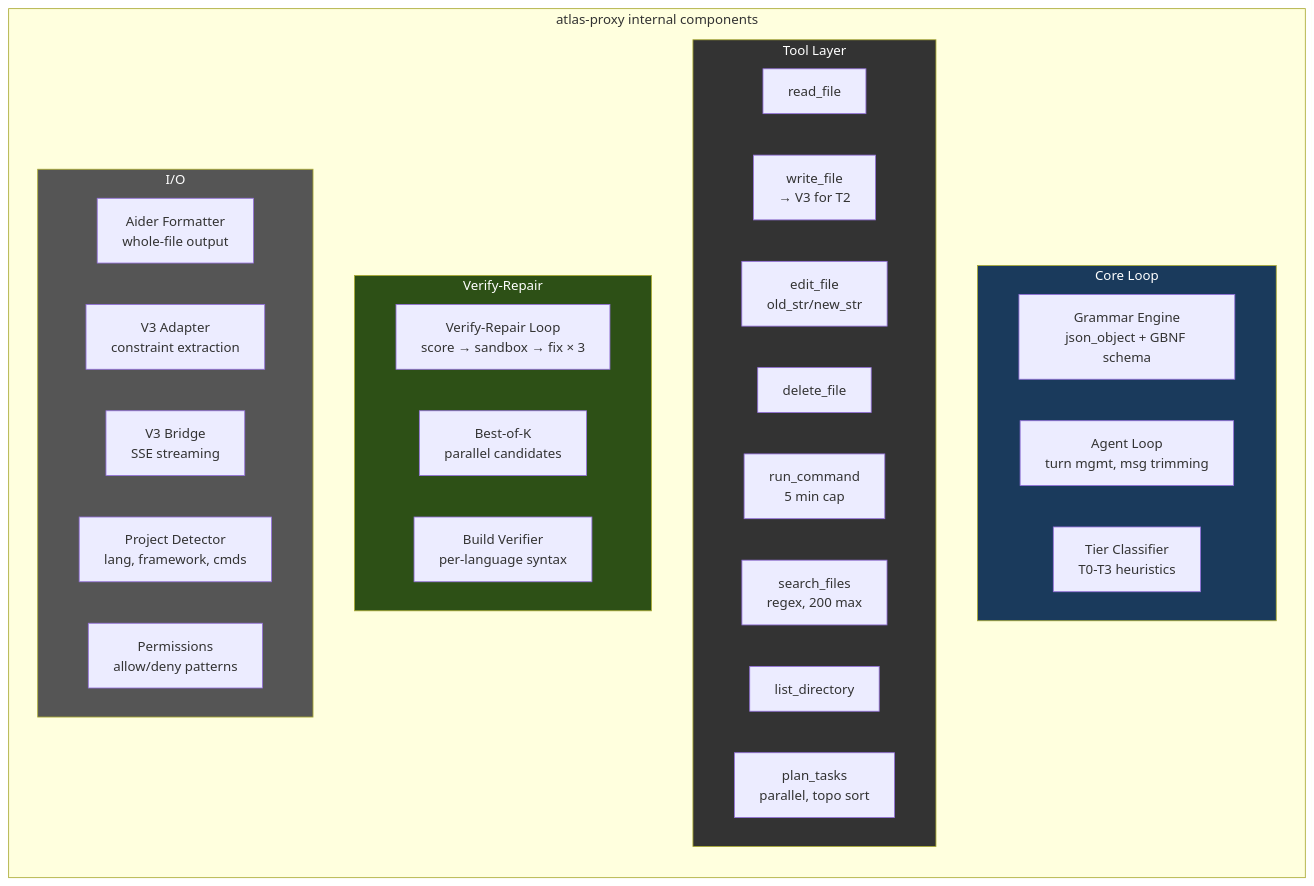
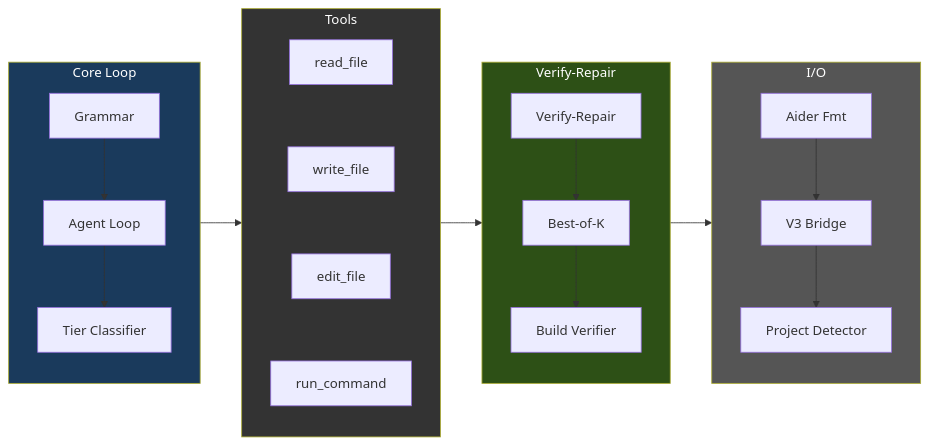
Before and after one commit to itigges22/ATLAS: the second of 13 diagrams in docs/ARCHITECTURE.md, drawn with Mermaid. The commit also changed other lines of this file and 3 other files, not shown here.

First line of the commit message:
docs: Update architecture docs, fix V3_1_STATUS false claims

````diff
--- a/docs/ARCHITECTURE.md
+++ b/docs/ARCHITECTURE.md
@@ -55,38 +54,22 @@
 ```mermaid
 graph LR
-    subgraph proxy["atlas-proxy internal components"]
-        direction TB
-        subgraph core["Core Loop"]
-            Grammar["Grammar Engine\njson_object + GBNF schema"]
-            AgentLoop["Agent Loop\nturn mgmt, msg trimming"]
-            TierClass["Tier Classifier\nT0-T3 heuristics"]
-        end
-        subgraph tools["Tool Layer"]
-            ReadF["read_file"]
-            WriteF["write_file\n→ V3 for T2"]
-            EditF["edit_file\nold_str/new_str"]
-            DeleteF["delete_file"]
-            RunCmd["run_command\n5 min cap"]
-            SearchF["search_files\nregex, 200 max"]
-            ListDir["list_directory"]
-            PlanT["plan_tasks\nparallel, topo sort"]
-        end
-        subgraph pipeline["Verify-Repair"]
-            VR["Verify-Repair Loop\nscore → sandbox → fix × 3"]
-            BOK["Best-of-K\nparallel candidates"]
-            BV["Build Verifier\nper-language syntax"]
-        end
-        subgraph format["I/O"]
-            AiderFmt["Aider Formatter\nwhole-file output"]
-            V3Adapt["V3 Adapter\nconstraint extraction"]
-            V3Bridge["V3 Bridge\nSSE streaming"]
-            ProjDet["Project Detector\nlang, framework, cmds"]
-            Perms["Permissions\nallow/deny patterns"]
-        end
+    subgraph core["Core Loop"]
+        Grammar["Grammar"] --> AgentLoop["Agent Loop"] --> TierClass["Tier Classifier"]
     end
+    subgraph tools["Tools"]
+        ReadF["read_file"] ~~~ WriteF["write_file"] ~~~ EditF["edit_file"] ~~~ RunCmd["run_command"]
+    end
+    subgraph pipeline["Verify-Repair"]
+        VR["Verify-Repair"] --> BOK["Best-of-K"] --> BV["Build Verifier"]
+    end
+    subgraph format["I/O"]
+        AiderFmt["Aider Fmt"] --> V3Bridge["V3 Bridge"] --> ProjDet["Project Detector"]
+    end
+
+    core --> tools --> pipeline --> format
 
     style core fill:#1a3a5c,color:#fff
     style tools fill:#333,color:#fff
     style pipeline fill:#2d5016,color:#fff
     style format fill:#555,color:#fff
 ```
````
